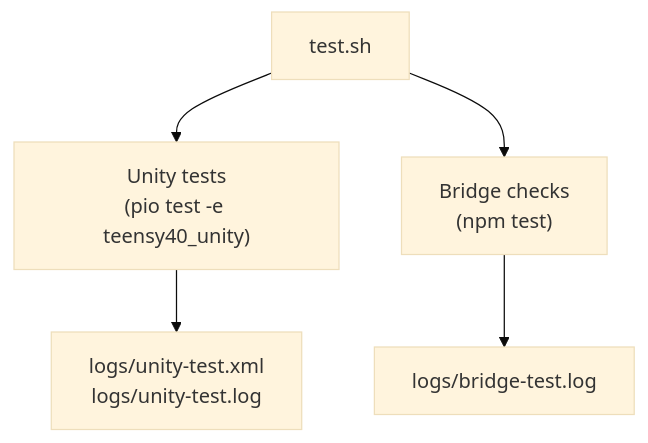
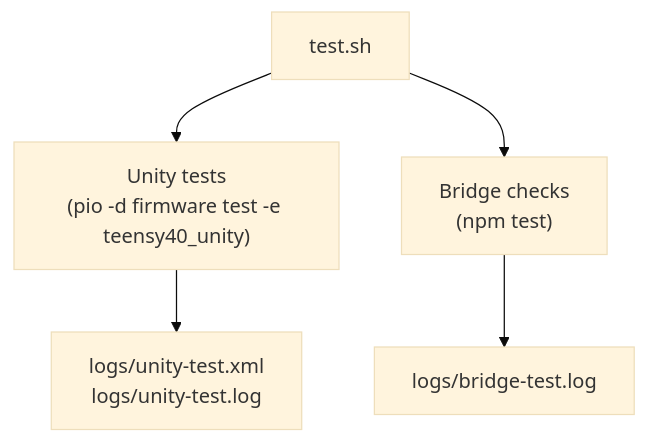
One commit to bseverns/MOARkNOBS-42 changed the diagram in docs/TESTING.md. Above: the diagram before and after it, drawn with Mermaid (base theme). The commit also changed other lines of this file and 46 other files, not shown here.

````diff
--- a/docs/TESTING.md
+++ b/docs/TESTING.md
@@ -90,7 +112,7 @@
 ```mermaid
 flowchart TD
-  T["`test.sh`"] --> U["Unity tests\n(pio test -e teensy40_unity)"]
+  T["`test.sh`"] --> U["Unity tests\n(pio -d firmware test -e teensy40_unity)"]
   T --> B["Bridge checks\n(npm test)"]
   U --> UL["logs/unity-test.xml\nlogs/unity-test.log"]
   B --> BL["logs/bridge-test.log"]
 ```
````
